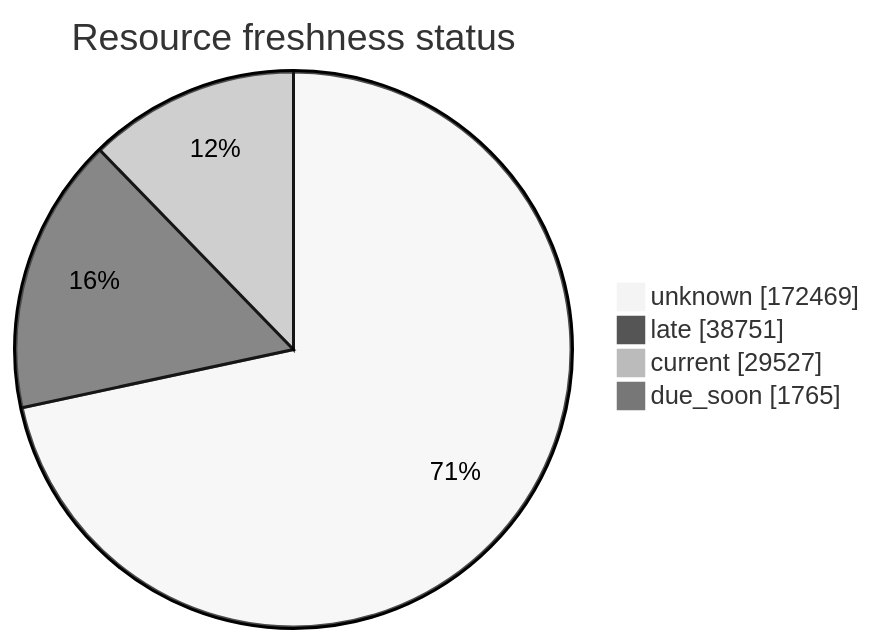
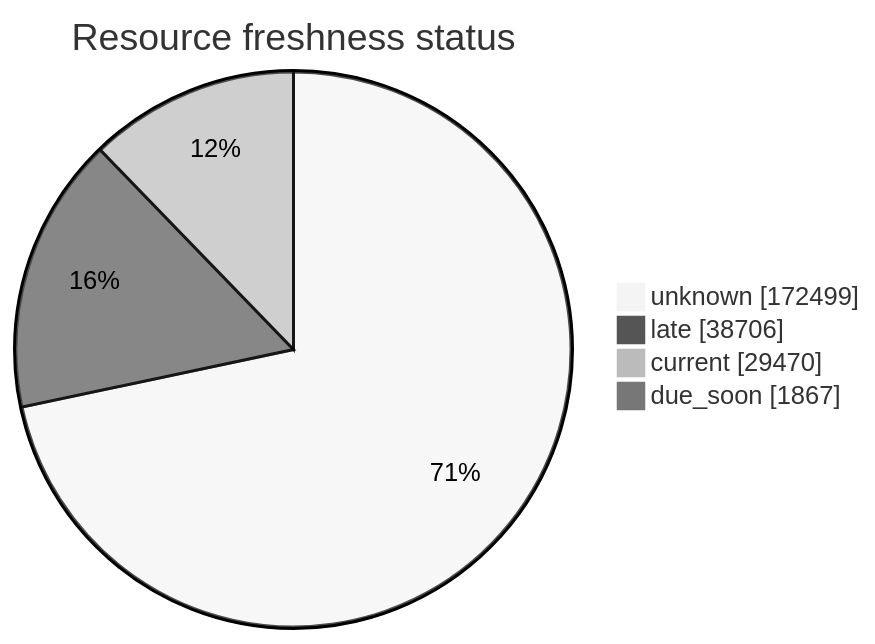
The third of 5 diagrams in FreshCheck/README.md (open-data/analytics-corporate-reporting), drawn with Mermaid (neutral theme) before and after one commit. The commit also changed other lines of this file and 3 other files, not shown here.

````diff
--- a/FreshCheck/README.md
+++ b/FreshCheck/README.md
@@ -77,7 +77,7 @@
 ```mermaid
 pie showData title Resource freshness status
-    "unknown": 172469
-    "late": 38751
-    "current": 29527
-    "due_soon": 1765
+    "unknown": 172499
+    "late": 38706
+    "current": 29470
+    "due_soon": 1867
 ```
````
